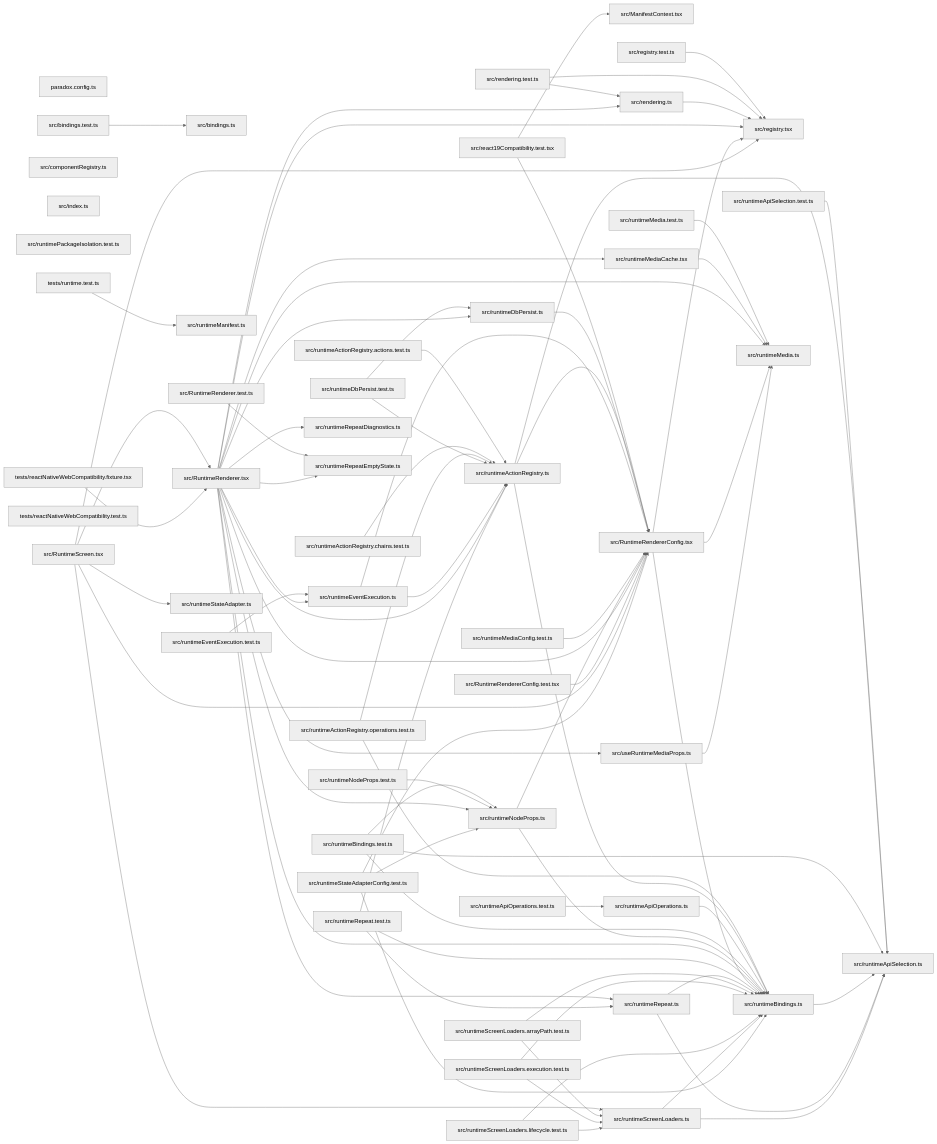
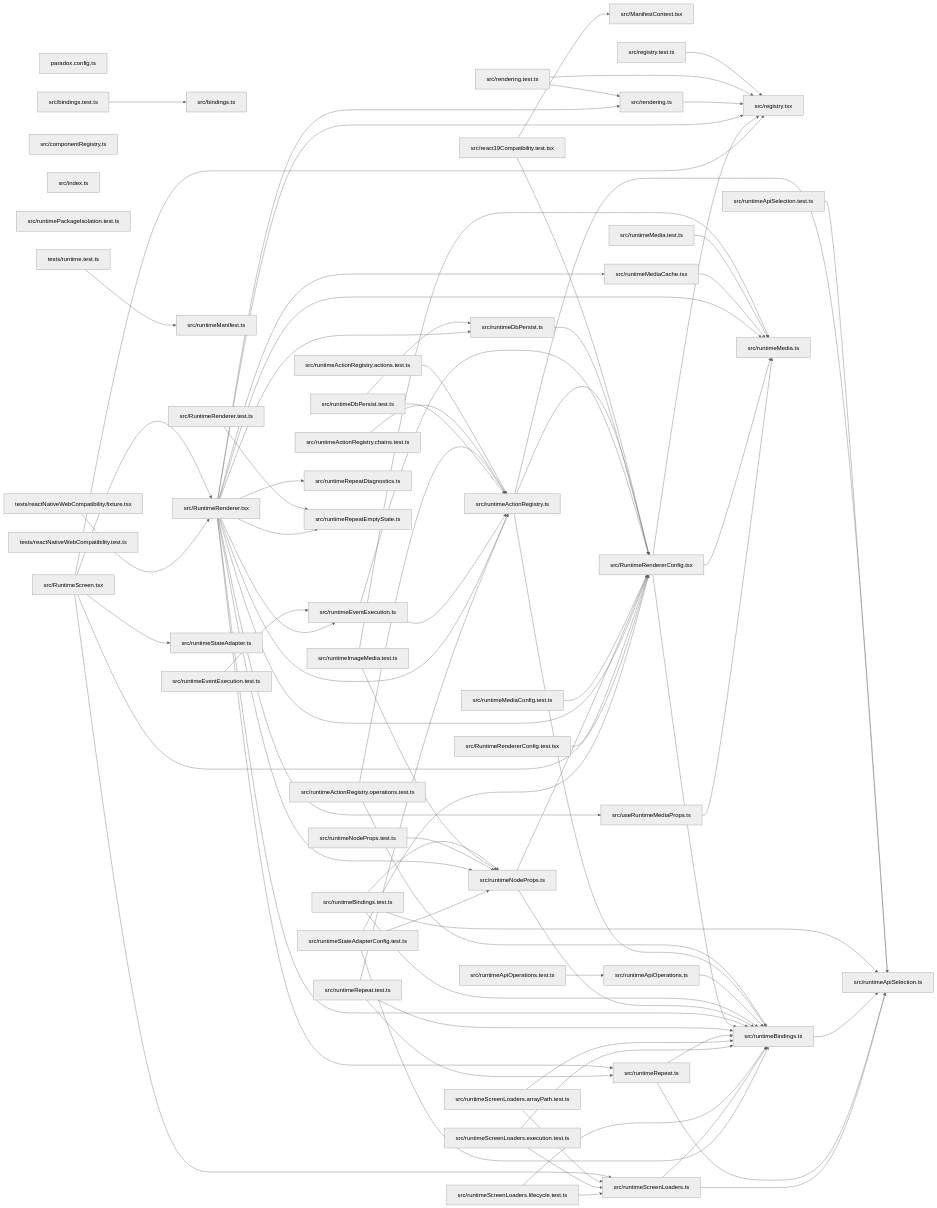
Before and after one commit to ankhorage/runtime: the diagram in paradox/diagrams/module-relationships.mmd, drawn with Mermaid (neutral theme). The commit also changed 11 other files, not shown here.

```diff
--- a/paradox/diagrams/module-relationships.mmd
+++ b/paradox/diagrams/module-relationships.mmd
@@ -1,129 +1,132 @@
 graph LR
   module_paradox_config_ts["paradox.config.ts"]
   module_src_bindings_test_ts["src/bindings.test.ts"]
   module_src_bindings_ts["src/bindings.ts"]
   module_src_componentRegistry_ts["src/componentRegistry.ts"]
   module_src_index_ts["src/index.ts"]
   module_src_ManifestContext_tsx["src/ManifestContext.tsx"]
   module_src_react19Compatibility_test_tsx["src/react19Compatibility.test.tsx"]
   module_src_registry_test_ts["src/registry.test.ts"]
   module_src_registry_tsx["src/registry.tsx"]
   module_src_rendering_test_ts["src/rendering.test.ts"]
   module_src_rendering_ts["src/rendering.ts"]
   module_src_runtimeActionRegistry_actions_test_ts["src/runtimeActionRegistry.actions.test.ts"]
   module_src_runtimeActionRegistry_chains_test_ts["src/runtimeActionRegistry.chains.test.ts"]
   module_src_runtimeActionRegistry_operations_test_ts["src/runtimeActionRegistry.operations.test.ts"]
   module_src_runtimeActionRegistry_ts["src/runtimeActionRegistry.ts"]
   module_src_runtimeApiOperations_test_ts["src/runtimeApiOperations.test.ts"]
   module_src_runtimeApiOperations_ts["src/runtimeApiOperations.ts"]
   module_src_runtimeApiSelection_test_ts["src/runtimeApiSelection.test.ts"]
   module_src_runtimeApiSelection_ts["src/runtimeApiSelection.ts"]
   module_src_runtimeBindings_test_ts["src/runtimeBindings.test.ts"]
   module_src_runtimeBindings_ts["src/runtimeBindings.ts"]
   module_src_runtimeDbPersist_test_ts["src/runtimeDbPersist.test.ts"]
   module_src_runtimeDbPersist_ts["src/runtimeDbPersist.ts"]
   module_src_runtimeEventExecution_test_ts["src/runtimeEventExecution.test.ts"]
   module_src_runtimeEventExecution_ts["src/runtimeEventExecution.ts"]
+  module_src_runtimeImageMedia_test_ts["src/runtimeImageMedia.test.ts"]
   module_src_runtimeManifest_ts["src/runtimeManifest.ts"]
   module_src_runtimeMedia_test_ts["src/runtimeMedia.test.ts"]
   module_src_runtimeMedia_ts["src/runtimeMedia.ts"]
   module_src_runtimeMediaCache_tsx["src/runtimeMediaCache.tsx"]
   module_src_runtimeMediaConfig_test_ts["src/runtimeMediaConfig.test.ts"]
   module_src_runtimeNodeProps_test_ts["src/runtimeNodeProps.test.ts"]
   module_src_runtimeNodeProps_ts["src/runtimeNodeProps.ts"]
   module_src_runtimePackageIsolation_test_ts["src/runtimePackageIsolation.test.ts"]
   module_src_RuntimeRenderer_test_ts["src/RuntimeRenderer.test.ts"]
   module_src_RuntimeRenderer_tsx["src/RuntimeRenderer.tsx"]
   module_src_RuntimeRendererConfig_test_tsx["src/RuntimeRendererConfig.test.tsx"]
   module_src_RuntimeRendererConfig_tsx["src/RuntimeRendererConfig.tsx"]
   module_src_runtimeRepeat_test_ts["src/runtimeRepeat.test.ts"]
   module_src_runtimeRepeat_ts["src/runtimeRepeat.ts"]
   module_src_runtimeRepeatDiagnostics_ts["src/runtimeRepeatDiagnostics.ts"]
   module_src_runtimeRepeatEmptyState_ts["src/runtimeRepeatEmptyState.ts"]
   module_src_RuntimeScreen_tsx["src/RuntimeScreen.tsx"]
   module_src_runtimeScreenLoaders_arrayPath_test_ts["src/runtimeScreenLoaders.arrayPath.test.ts"]
   module_src_runtimeScreenLoaders_execution_test_ts["src/runtimeScreenLoaders.execution.test.ts"]
   module_src_runtimeScreenLoaders_lifecycle_test_ts["src/runtimeScreenLoaders.lifecycle.test.ts"]
   module_src_runtimeScreenLoaders_ts["src/runtimeScreenLoaders.ts"]
   module_src_runtimeStateAdapter_ts["src/runtimeStateAdapter.ts"]
   module_src_runtimeStateAdapterConfig_test_ts["src/runtimeStateAdapterConfig.test.ts"]
   module_src_useRuntimeMediaProps_ts["src/useRuntimeMediaProps.ts"]
   module_tests_reactNativeWebCompatibility_fixture_tsx["tests/reactNativeWebCompatibility.fixture.tsx"]
   module_tests_reactNativeWebCompatibility_test_ts["tests/reactNativeWebCompatibility.test.ts"]
   module_tests_runtime_test_ts["tests/runtime.test.ts"]
   module_src_bindings_test_ts --> module_src_bindings_ts
   module_src_react19Compatibility_test_tsx --> module_src_ManifestContext_tsx
   module_src_react19Compatibility_test_tsx --> module_src_RuntimeRendererConfig_tsx
   module_src_registry_test_ts --> module_src_registry_tsx
   module_src_rendering_test_ts --> module_src_registry_tsx
   module_src_rendering_test_ts --> module_src_rendering_ts
   module_src_rendering_ts --> module_src_registry_tsx
   module_src_runtimeActionRegistry_actions_test_ts --> module_src_runtimeActionRegistry_ts
   module_src_runtimeActionRegistry_chains_test_ts --> module_src_runtimeActionRegistry_ts
   module_src_runtimeActionRegistry_operations_test_ts --> module_src_runtimeActionRegistry_ts
   module_src_runtimeActionRegistry_operations_test_ts --> module_src_runtimeBindings_ts
   module_src_runtimeActionRegistry_ts --> module_src_runtimeApiSelection_ts
   module_src_runtimeActionRegistry_ts --> module_src_runtimeBindings_ts
   module_src_runtimeActionRegistry_ts --> module_src_RuntimeRendererConfig_tsx
   module_src_runtimeApiOperations_test_ts --> module_src_runtimeApiOperations_ts
   module_src_runtimeApiOperations_ts --> module_src_runtimeBindings_ts
   module_src_runtimeApiSelection_test_ts --> module_src_runtimeApiSelection_ts
   module_src_runtimeBindings_test_ts --> module_src_runtimeApiSelection_ts
   module_src_runtimeBindings_test_ts --> module_src_runtimeBindings_ts
   module_src_runtimeBindings_test_ts --> module_src_runtimeNodeProps_ts
   module_src_runtimeBindings_ts --> module_src_runtimeApiSelection_ts
   module_src_runtimeDbPersist_test_ts --> module_src_runtimeActionRegistry_ts
   module_src_runtimeDbPersist_test_ts --> module_src_runtimeDbPersist_ts
   module_src_runtimeDbPersist_ts --> module_src_RuntimeRendererConfig_tsx
   module_src_runtimeEventExecution_test_ts --> module_src_runtimeEventExecution_ts
   module_src_runtimeEventExecution_ts --> module_src_runtimeActionRegistry_ts
   module_src_runtimeEventExecution_ts --> module_src_RuntimeRendererConfig_tsx
+  module_src_runtimeImageMedia_test_ts --> module_src_runtimeMedia_ts
+  module_src_runtimeImageMedia_test_ts --> module_src_runtimeNodeProps_ts
   module_src_runtimeMedia_test_ts --> module_src_runtimeMedia_ts
   module_src_runtimeMediaCache_tsx --> module_src_runtimeMedia_ts
   module_src_runtimeMediaConfig_test_ts --> module_src_RuntimeRendererConfig_tsx
   module_src_runtimeNodeProps_test_ts --> module_src_runtimeNodeProps_ts
   module_src_runtimeNodeProps_ts --> module_src_runtimeBindings_ts
   module_src_runtimeNodeProps_ts --> module_src_RuntimeRendererConfig_tsx
   module_src_RuntimeRenderer_test_ts --> module_src_runtimeRepeatEmptyState_ts
   module_src_RuntimeRenderer_tsx --> module_src_registry_tsx
   module_src_RuntimeRenderer_tsx --> module_src_rendering_ts
   module_src_RuntimeRenderer_tsx --> module_src_runtimeActionRegistry_ts
   module_src_RuntimeRenderer_tsx --> module_src_runtimeBindings_ts
   module_src_RuntimeRenderer_tsx --> module_src_runtimeDbPersist_ts
   module_src_RuntimeRenderer_tsx --> module_src_runtimeEventExecution_ts
   module_src_RuntimeRenderer_tsx --> module_src_runtimeMedia_ts
   module_src_RuntimeRenderer_tsx --> module_src_runtimeMediaCache_tsx
   module_src_RuntimeRenderer_tsx --> module_src_runtimeNodeProps_ts
   module_src_RuntimeRenderer_tsx --> module_src_RuntimeRendererConfig_tsx
   module_src_RuntimeRenderer_tsx --> module_src_runtimeRepeat_ts
   module_src_RuntimeRenderer_tsx --> module_src_runtimeRepeatDiagnostics_ts
   module_src_RuntimeRenderer_tsx --> module_src_runtimeRepeatEmptyState_ts
   module_src_RuntimeRenderer_tsx --> module_src_useRuntimeMediaProps_ts
   module_src_RuntimeRendererConfig_test_tsx --> module_src_RuntimeRendererConfig_tsx
   module_src_RuntimeRendererConfig_tsx --> module_src_registry_tsx
   module_src_RuntimeRendererConfig_tsx --> module_src_runtimeBindings_ts
   module_src_RuntimeRendererConfig_tsx --> module_src_runtimeMedia_ts
   module_src_runtimeRepeat_test_ts --> module_src_runtimeActionRegistry_ts
   module_src_runtimeRepeat_test_ts --> module_src_runtimeBindings_ts
   module_src_runtimeRepeat_test_ts --> module_src_runtimeRepeat_ts
   module_src_runtimeRepeat_ts --> module_src_runtimeApiSelection_ts
   module_src_runtimeRepeat_ts --> module_src_runtimeBindings_ts
   module_src_RuntimeScreen_tsx --> module_src_registry_tsx
   module_src_RuntimeScreen_tsx --> module_src_RuntimeRenderer_tsx
   module_src_RuntimeScreen_tsx --> module_src_RuntimeRendererConfig_tsx
   module_src_RuntimeScreen_tsx --> module_src_runtimeScreenLoaders_ts
   module_src_RuntimeScreen_tsx --> module_src_runtimeStateAdapter_ts
   module_src_runtimeScreenLoaders_arrayPath_test_ts --> module_src_runtimeBindings_ts
   module_src_runtimeScreenLoaders_arrayPath_test_ts --> module_src_runtimeScreenLoaders_ts
   module_src_runtimeScreenLoaders_execution_test_ts --> module_src_runtimeBindings_ts
   module_src_runtimeScreenLoaders_execution_test_ts --> module_src_runtimeScreenLoaders_ts
   module_src_runtimeScreenLoaders_lifecycle_test_ts --> module_src_runtimeBindings_ts
   module_src_runtimeScreenLoaders_lifecycle_test_ts --> module_src_runtimeScreenLoaders_ts
   module_src_runtimeScreenLoaders_ts --> module_src_runtimeApiSelection_ts
   module_src_runtimeScreenLoaders_ts --> module_src_runtimeBindings_ts
   module_src_runtimeStateAdapterConfig_test_ts --> module_src_runtimeBindings_ts
   module_src_runtimeStateAdapterConfig_test_ts --> module_src_runtimeNodeProps_ts
   module_src_runtimeStateAdapterConfig_test_ts --> module_src_RuntimeRendererConfig_tsx
   module_src_useRuntimeMediaProps_ts --> module_src_runtimeMedia_ts
   module_tests_reactNativeWebCompatibility_fixture_tsx --> module_src_RuntimeRenderer_tsx
   module_tests_runtime_test_ts --> module_src_runtimeManifest_ts
```
